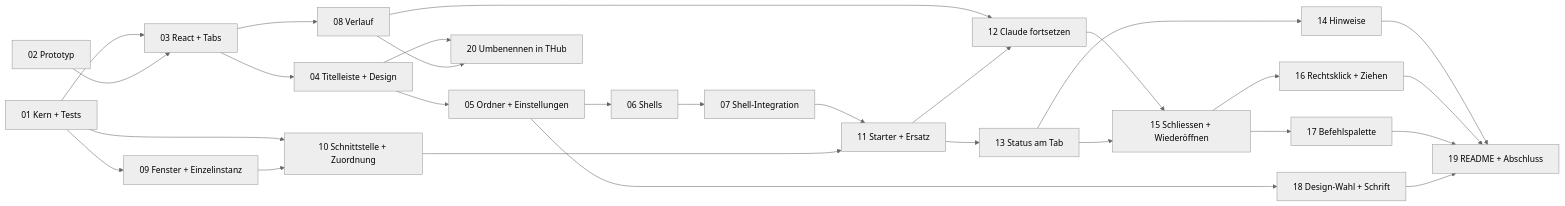
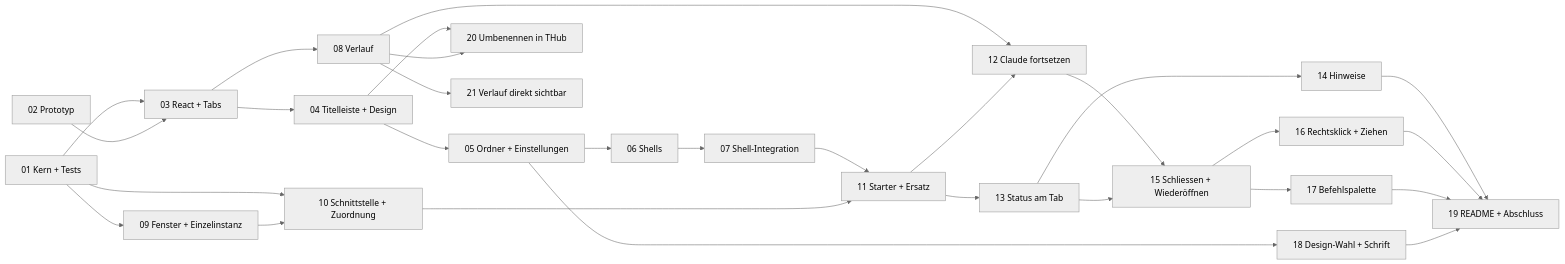
One commit to BonomoAlessandro/THub changed the diagram in docs/tickets/README.md. Above: the diagram before and after it, drawn with Mermaid (neutral theme). The commit also changed other lines of this file and 1 other file, not shown here.

Commit message:
Ticket 21: Verlauf nach dem Neustart direkt sichtbar (Versuch mit conptyInheritCursor)

````diff
--- a/docs/tickets/README.md
+++ b/docs/tickets/README.md
@@ -41,30 +42,31 @@
 ```mermaid
 flowchart LR
   T01[01 Kern + Tests] --> T03[03 React + Tabs]
   T02[02 Prototyp] --> T03
   T01 --> T09[09 Fenster + Einzelinstanz]
   T03 --> T04[04 Titelleiste + Design]
   T03 --> T08[08 Verlauf]
   T04 --> T05[05 Ordner + Einstellungen]
   T05 --> T06[06 Shells]
   T05 --> T18[18 Design-Wahl + Schrift]
   T06 --> T07[07 Shell-Integration]
   T01 --> T10[10 Schnittstelle + Zuordnung]
   T09 --> T10
   T07 --> T11[11 Starter + Ersatz]
   T10 --> T11
   T08 --> T12[12 Claude fortsetzen]
   T11 --> T12
   T11 --> T13[13 Status am Tab]
   T13 --> T14[14 Hinweise]
   T12 --> T15[15 Schliessen + Wiederöffnen]
   T13 --> T15
   T15 --> T16[16 Rechtsklick + Ziehen]
   T15 --> T17[17 Befehlspalette]
   T14 --> T19[19 README + Abschluss]
   T16 --> T19
   T17 --> T19
   T18 --> T19
   T04 --> T20[20 Umbenennen in THub]
   T08 --> T20
+  T08 --> T21[21 Verlauf direkt sichtbar]
 ```
````
